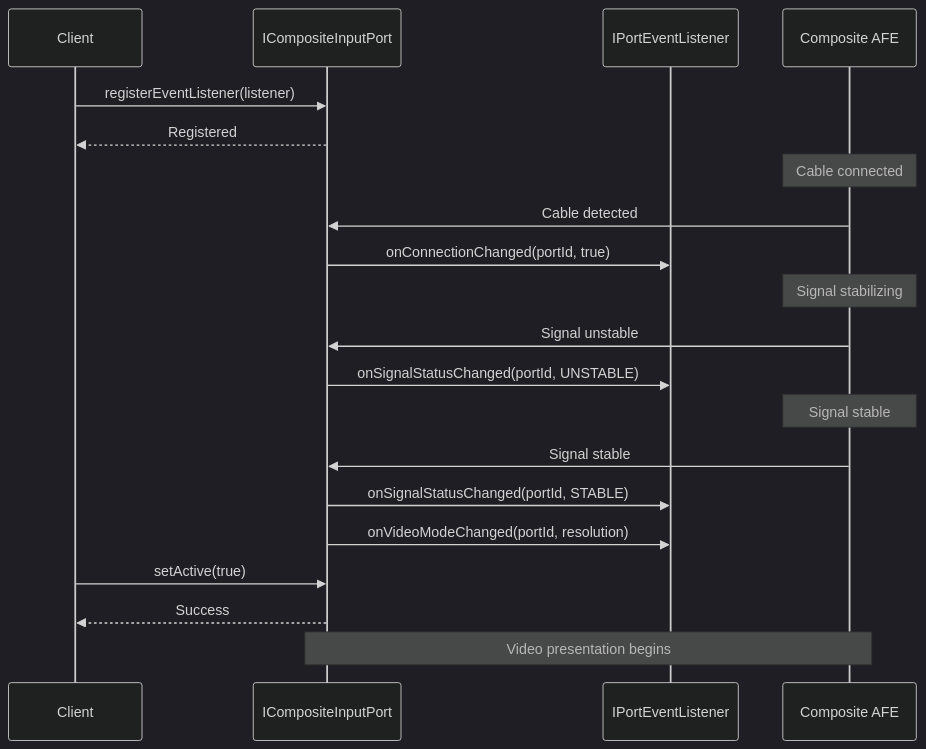
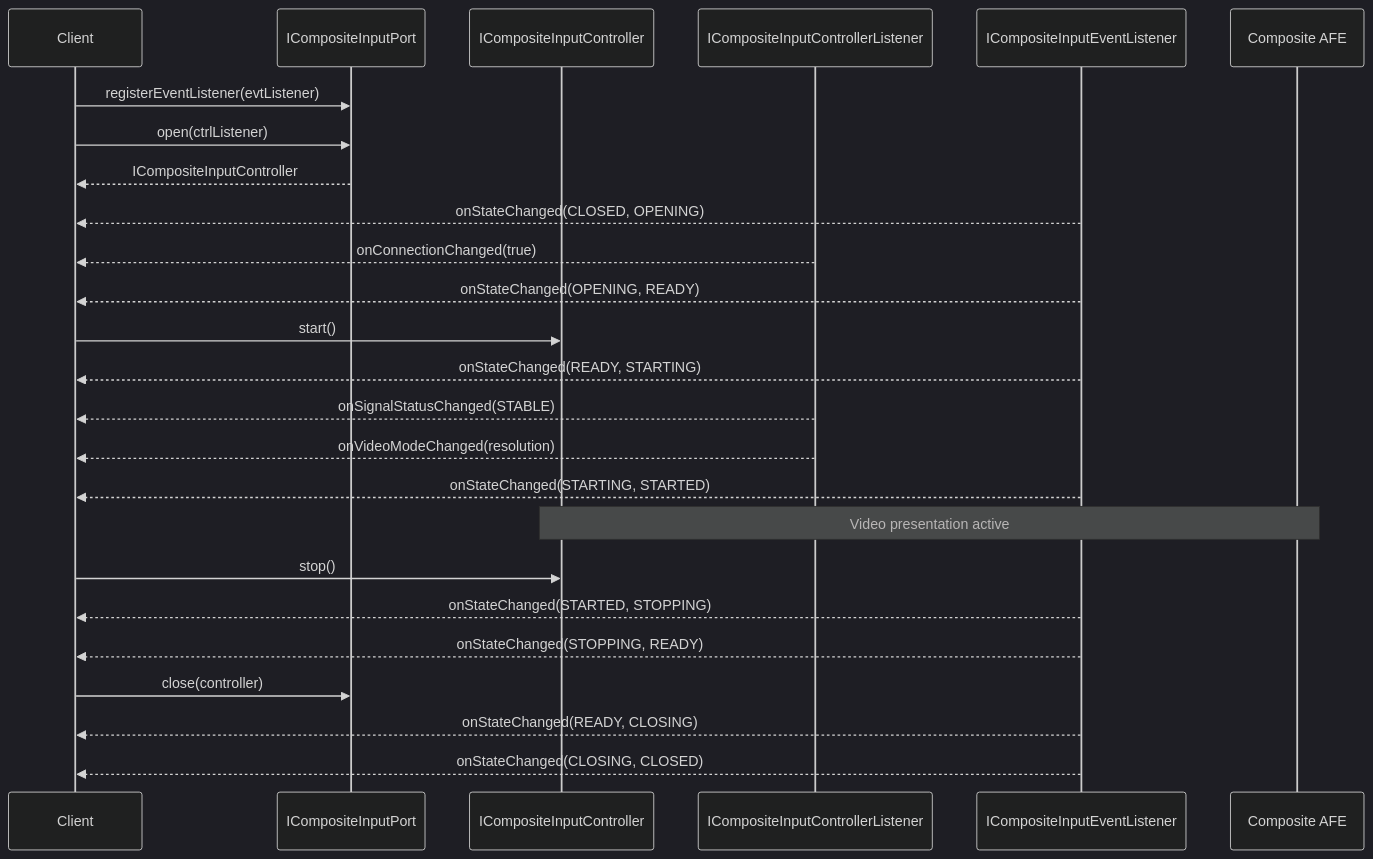
The second of 4 diagrams in docs/halif/composite_input/current/composite_input.md (rdkcentral/rdk-halif-aidl), drawn with Mermaid (dark theme) before and after one commit. The commit also changed other lines of this file, not shown here.

First line of the commit message:
docs(compositeinput): rewrite composite_input.md for generation 2 (#382)

````diff
--- a/docs/halif/composite_input/current/composite_input.md
+++ b/docs/halif/composite_input/current/composite_input.md
@@ -151,27 +160,32 @@
 ```mermaid
 sequenceDiagram
     participant Client
     participant Port as ICompositeInputPort
-    participant Listener as IPortEventListener
+    participant Controller as ICompositeInputController
+    participant CtrlListener as ICompositeInputControllerListener
+    participant EvtListener as ICompositeInputEventListener
     participant Hardware as Composite AFE
 
-    Client->>Port: registerEventListener(listener)
-    Port-->>Client: Registered
+    Client->>Port: registerEventListener(evtListener)
+    Client->>Port: open(ctrlListener)
+    Port-->>Client: ICompositeInputController
+    EvtListener-->>Client: onStateChanged(CLOSED, OPENING)
+    CtrlListener-->>Client: onConnectionChanged(true)
+    EvtListener-->>Client: onStateChanged(OPENING, READY)
 
-    Note over Hardware: Cable connected
-    Hardware->>Port: Cable detected
-    Port->>Listener: onConnectionChanged(portId, true)
+    Client->>Controller: start()
+    EvtListener-->>Client: onStateChanged(READY, STARTING)
+    CtrlListener-->>Client: onSignalStatusChanged(STABLE)
+    CtrlListener-->>Client: onVideoModeChanged(resolution)
+    EvtListener-->>Client: onStateChanged(STARTING, STARTED)
 
-    Note over Hardware: Signal stabilizing
-    Hardware->>Port: Signal unstable
-    Port->>Listener: onSignalStatusChanged(portId, UNSTABLE)
+    Note over Controller,Hardware: Video presentation active
 
-    Note over Hardware: Signal stable
-    Hardware->>Port: Signal stable
-    Port->>Listener: onSignalStatusChanged(portId, STABLE)
-    Port->>Listener: onVideoModeChanged(portId, resolution)
+    Client->>Controller: stop()
+    EvtListener-->>Client: onStateChanged(STARTED, STOPPING)
+    EvtListener-->>Client: onStateChanged(STOPPING, READY)
 
-    Client->>Port: setActive(true)
-    Port-->>Client: Success
-    Note over Port,Hardware: Video presentation begins
+    Client->>Port: close(controller)
+    EvtListener-->>Client: onStateChanged(READY, CLOSING)
+    EvtListener-->>Client: onStateChanged(CLOSING, CLOSED)
 ```
````
